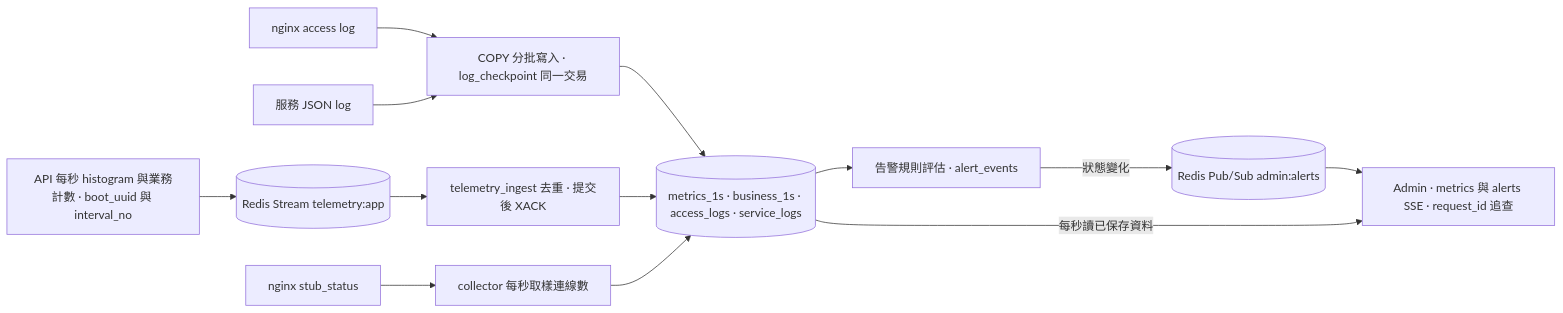
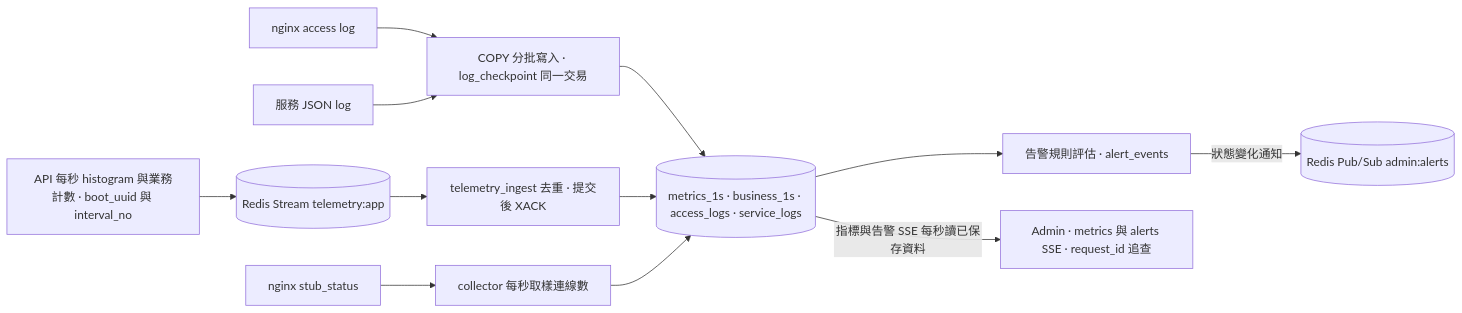
The sixth of 6 diagrams in DESIGN.md (kaiser0421/wy-project), drawn with Mermaid before and after one commit. The commit also changed other lines of this file and 7 other files, not shown here.

````diff
--- a/DESIGN.md
+++ b/DESIGN.md
@@ -307,25 +307,25 @@
 ```mermaid
 flowchart LR
   N["nginx access log"]
   Sv["服務 JSON log"]
   Stub["nginx stub_status"]
   H["API 每秒 histogram 與業務計數 · boot_uuid 與 interval_no"]
   T[("Redis Stream telemetry:app")]
   Ck["COPY 分批寫入 · log_checkpoint 同一交易"]
   Dd["telemetry_ingest 去重 · 提交後 XACK"]
   Cn["collector 每秒取樣連線數"]
   PG[("metrics_1s · business_1s · access_logs · service_logs")]
   Al["告警規則評估 · alert_events"]
   Pub[("Redis Pub/Sub admin:alerts")]
   Adm["Admin · metrics 與 alerts SSE · request_id 追查"]
   N --> Ck
   Sv --> Ck
   H --> T --> Dd
   Stub --> Cn
   Ck --> PG
   Dd --> PG
   Cn --> PG
   PG --> Al
-  Al -->|"狀態變化"| Pub --> Adm
-  PG -->|"每秒讀已保存資料"| Adm
+  Al -->|"狀態變化通知"| Pub
+  PG -->|"指標與告警 SSE 每秒讀已保存資料"| Adm
 ```
````
